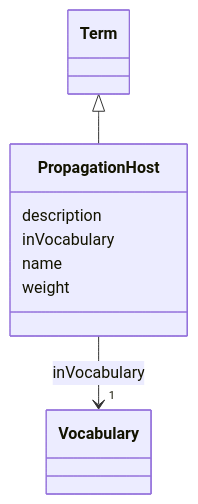
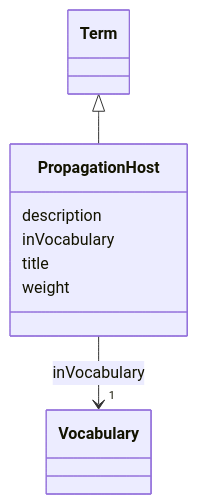
The diagram in models/docs/PropagationHost.md (EVORA-project/evora-ontology), drawn with Mermaid before and after one commit. The commit also changed other lines of this file and 435 other files, not shown here.

````diff
--- a/models/docs/PropagationHost.md
+++ b/models/docs/PropagationHost.md
@@ -19,24 +19,24 @@
 ```mermaid
  classDiagram
     class PropagationHost
     click PropagationHost href "../PropagationHost"
       Term <|-- PropagationHost
         click Term href "../Term"
       
       PropagationHost : description
         
       PropagationHost : inVocabulary
         
           
     
     
     PropagationHost --> "1" Vocabulary : inVocabulary
     click Vocabulary href "../Vocabulary"
 
         
-      PropagationHost : name
+      PropagationHost : title
         
       PropagationHost : weight
         
       
 ```
````
